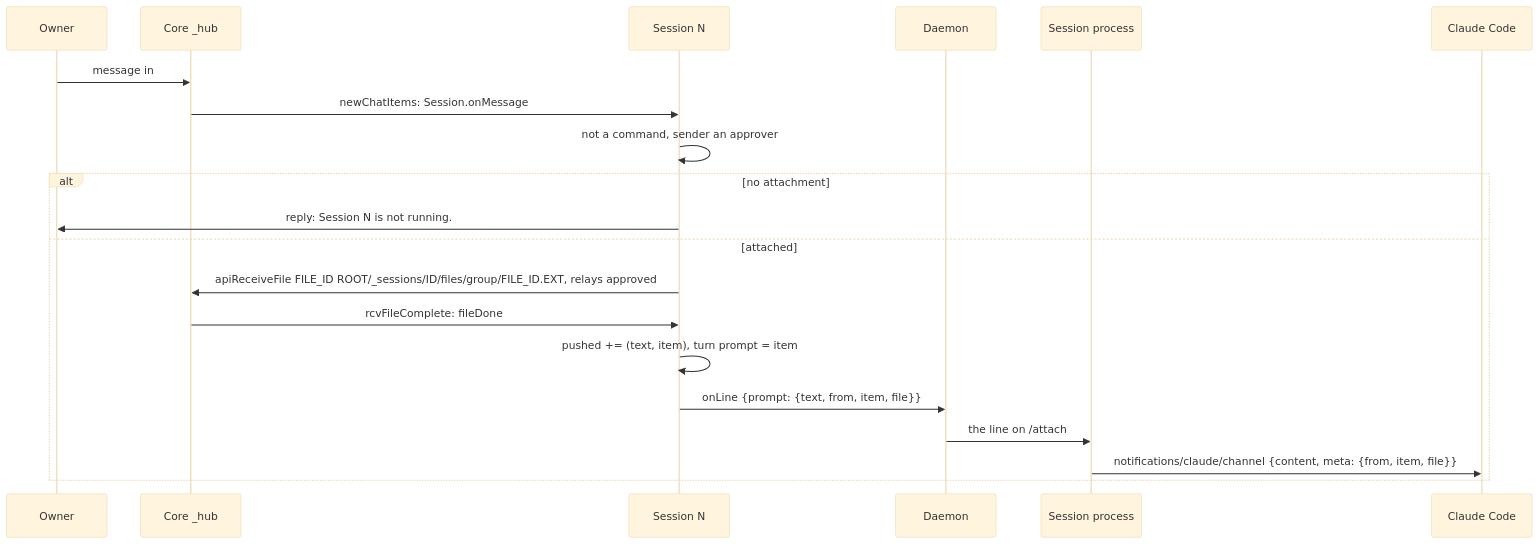
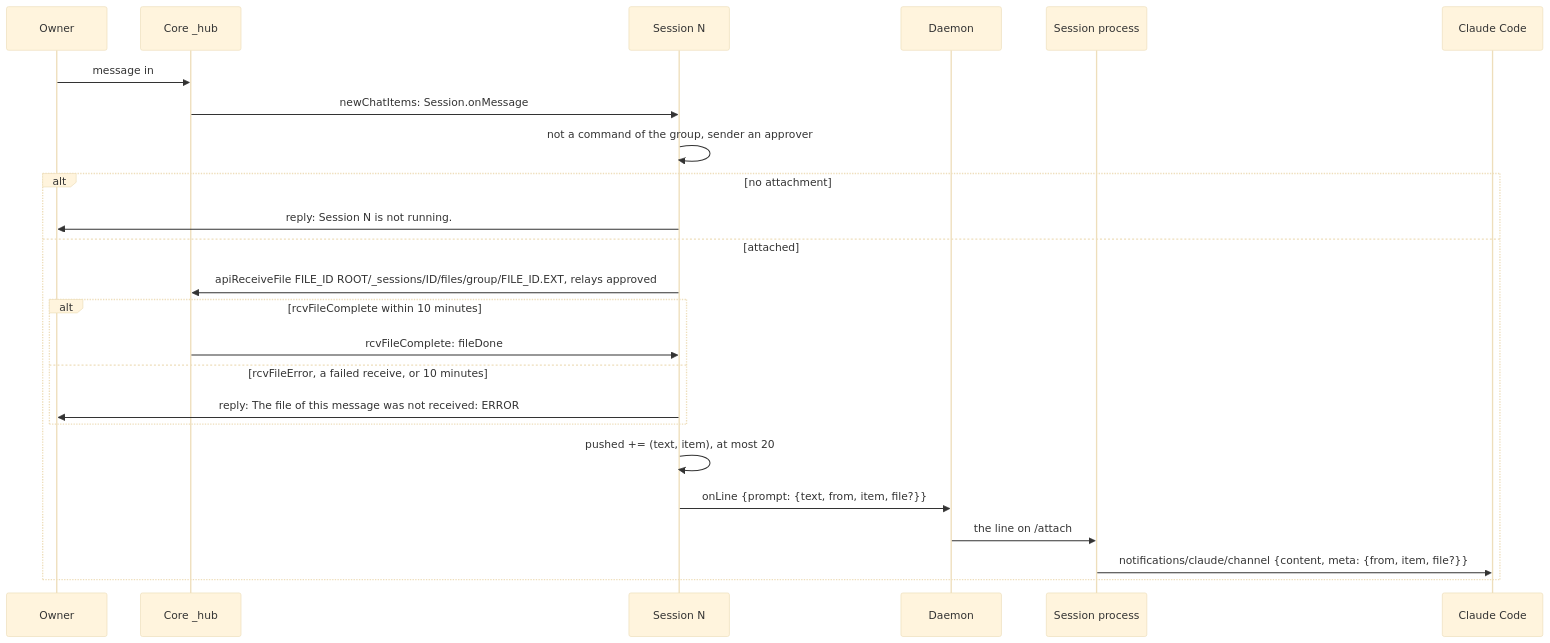
Before and after one commit to simplex-chat/simplex-chat: diagram 20 of 27 in packages/simplex-chat-mcp/spec/flows.md, drawn with Mermaid (base theme). The commit also changed other lines of this file and 5 other files, not shown here.

````diff
--- a/packages/simplex-chat-mcp/spec/flows.md
+++ b/packages/simplex-chat-mcp/spec/flows.md
@@ -880,22 +886,26 @@
 ```mermaid
 sequenceDiagram
   participant O as Owner
   participant C as Core _hub
   participant N as Session N
   participant D as Daemon
   participant S as Session process
   participant CC as Claude Code
   O->>C: message in #G, with a file
   C->>N: newChatItems: Session.onMessage
-  N->>N: not a command, sender an approver
+  N->>N: not a command of the group, sender an approver
   alt no attachment
     N->>O: reply: Session N is not running.
   else attached
     N->>C: apiReceiveFile FILE_ID ROOT/_sessions/ID/files/group/FILE_ID.EXT, relays approved
-    C->>N: rcvFileComplete: fileDone
-    N->>N: pushed += (text, item), turn prompt = item
-    N->>D: onLine {prompt: {text, from, item, file}}
+    alt rcvFileComplete within 10 minutes
+      C->>N: rcvFileComplete: fileDone
+    else rcvFileError, a failed receive, or 10 minutes
+      N->>O: reply: The file of this message was not received: ERROR
+    end
+    N->>N: pushed += (text, item), at most 20
+    N->>D: onLine {prompt: {text, from, item, file?}}
     D->>S: the line on /attach
-    S->>CC: notifications/claude/channel {content, meta: {from, item, file}}
+    S->>CC: notifications/claude/channel {content, meta: {from, item, file?}}
   end
 ```
````
